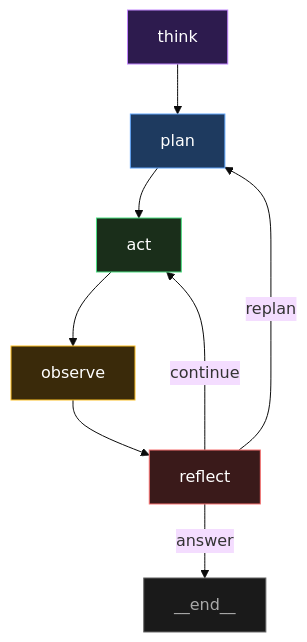
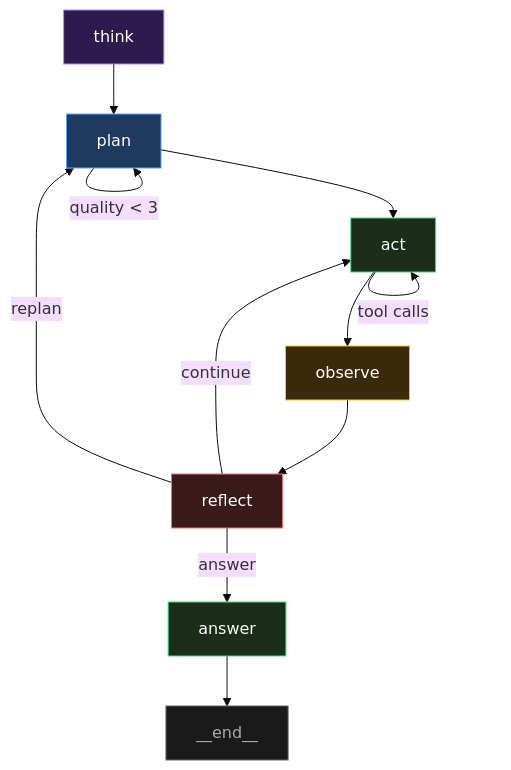
The eighth of 11 diagrams in docs/core/engine-prebuilts.md (CloudEngineHub/DeepMCPAgent), drawn with Mermaid (base theme) before and after one commit. The commit also changed other lines of this file and 12 other files, not shown here.

````diff
--- a/docs/core/engine-prebuilts.md
+++ b/docs/core/engine-prebuilts.md
@@ -298,17 +313,21 @@
 ```mermaid
 graph TD
     TH[think] --> PL[plan]
+    PL -->|quality < 3| PL
     PL --> AC[act]
+    AC -->|tool calls| AC
     AC --> OB[observe]
     OB --> RE[reflect]
     RE -->|continue| AC
     RE -->|replan| PL
-    RE -->|answer| END[__end__]
+    RE -->|answer| ANS[answer]
+    ANS --> END[__end__]
 
     style TH fill:#2d1b4e,stroke:#c084fc,color:#fff
     style PL fill:#1e3a5f,stroke:#60a5fa,color:#fff
     style AC fill:#1a2e1a,stroke:#4ade80,color:#fff
     style OB fill:#3a2a0a,stroke:#fbbf24,color:#fff
     style RE fill:#3a1a1a,stroke:#f87171,color:#fff
+    style ANS fill:#1a2e1a,stroke:#4ade80,color:#fff
     style END fill:#1a1a1a,stroke:#666,color:#aaa
 ```
````
